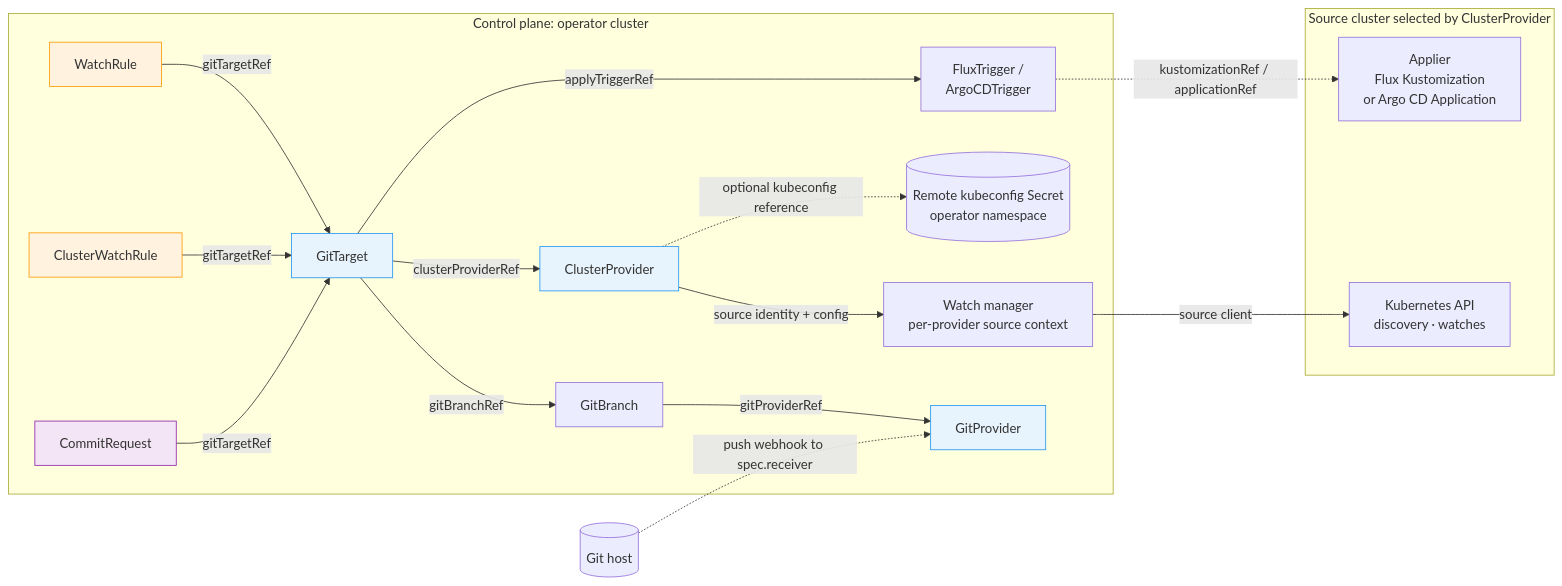
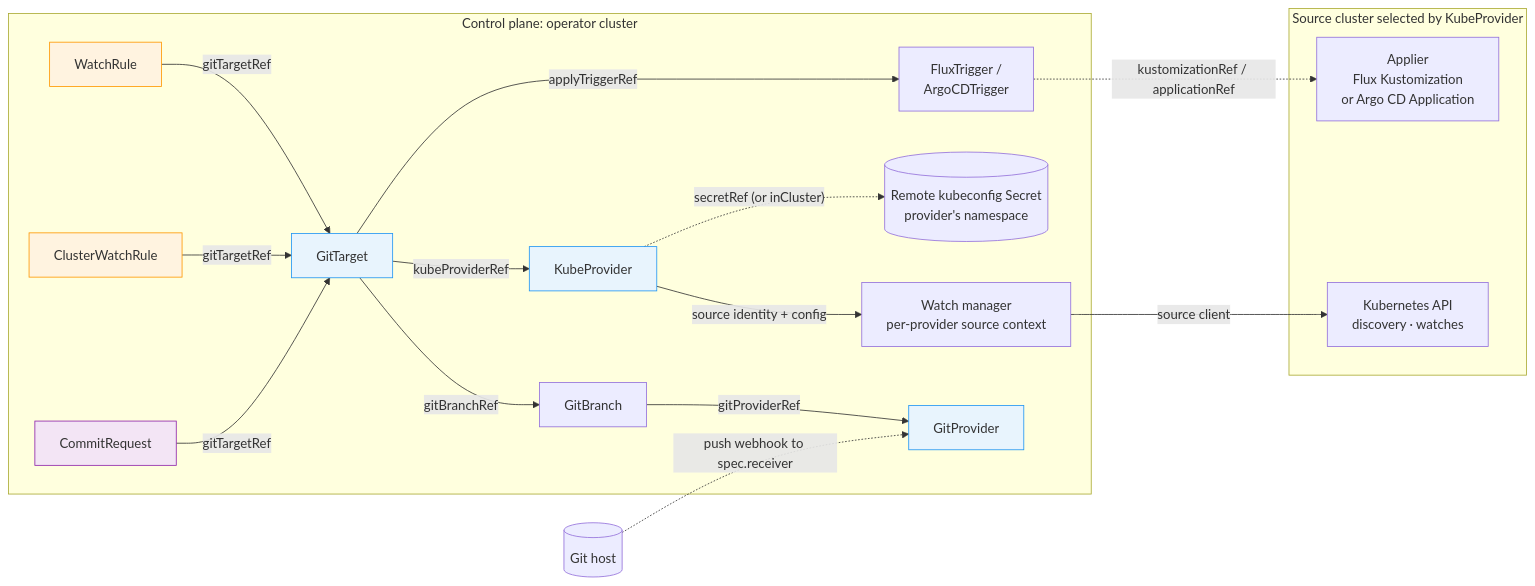
One commit to ConfigButler/gitops-reverser changed the first of 6 diagrams in docs/architecture.md. Above: the diagram before and after it, drawn with Mermaid. The commit also changed other lines of this file and 225 other files, not shown here.

First line of the commit message:
feat!: replace ClusterProvider with a namespaced KubeProvider (#430)

````diff
--- a/docs/architecture.md
+++ b/docs/architecture.md
@@ -277,34 +284,34 @@
 ```mermaid
 graph LR
     subgraph CONTROL["Control plane: operator cluster"]
         WR[WatchRule] -->|gitTargetRef| GT[GitTarget]
         CWR[ClusterWatchRule] -->|gitTargetRef| GT
         CR[CommitRequest] -->|gitTargetRef| GT
         GT -->|applyTriggerRef| TR["FluxTrigger /\nArgoCDTrigger"]
-        GT -->|clusterProviderRef| CP[ClusterProvider]
+        GT -->|kubeProviderRef| CP[KubeProvider]
         GT -->|gitBranchRef| GB[GitBranch]
         GB -->|gitProviderRef| GP[GitProvider]
-        KCFG[("Remote kubeconfig Secret\noperator namespace")]
+        KCFG[("Remote kubeconfig Secret\nprovider's namespace")]
         WM["Watch manager\nper-provider source context"]
     end
 
-    subgraph SOURCE["Source cluster selected by ClusterProvider"]
+    subgraph SOURCE["Source cluster selected by KubeProvider"]
         API["Kubernetes API\ndiscovery · watches"]
         APPLIER["Applier\nFlux Kustomization\nor Argo CD Application"]
     end
 
     HOST[("Git host")]
 
-    CP -. "optional kubeconfig reference" .-> KCFG
+    CP -. "secretRef (or inCluster)" .-> KCFG
     CP -->|"source identity + config"| WM
     WM -->|"source client"| API
     TR -. "kustomizationRef / applicationRef" .-> APPLIER
     HOST -. "push webhook to spec.receiver" .-> GP
 
     style GP fill:#e8f4fd,stroke:#2196f3
     style CP fill:#e8f4fd,stroke:#2196f3
     style GT fill:#e8f4fd,stroke:#2196f3
     style WR fill:#fff3e0,stroke:#ff9800
     style CWR fill:#fff3e0,stroke:#ff9800
     style CR fill:#f3e5f5,stroke:#8e24aa
 ```
````
